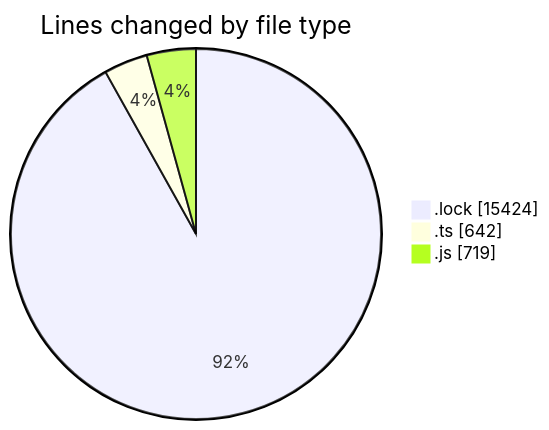
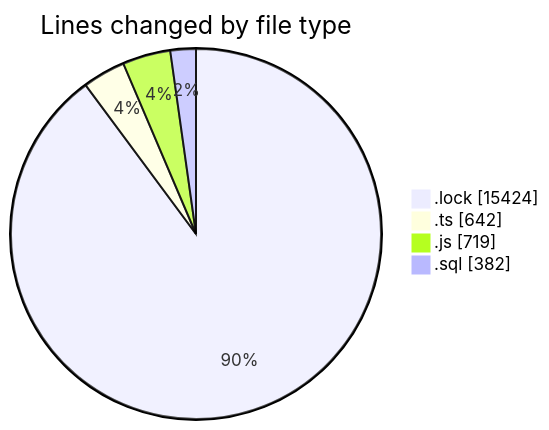
Before and after one commit to momahboobian/code-tracking: the first of 2 diagrams in 2025-05-22/cda/README.md, drawn with Mermaid. The commit also changed other lines of this file and 1 other file, not shown here.

````diff
--- a/2025-05-22/cda/README.md
+++ b/2025-05-22/cda/README.md
@@ -25,7 +26,8 @@
 ```mermaid
 pie showData
 title Lines changed by file type
 ".lock" : 15424
 ".ts" : 642
 ".js" : 719
+".sql" : 382
 ```
````
